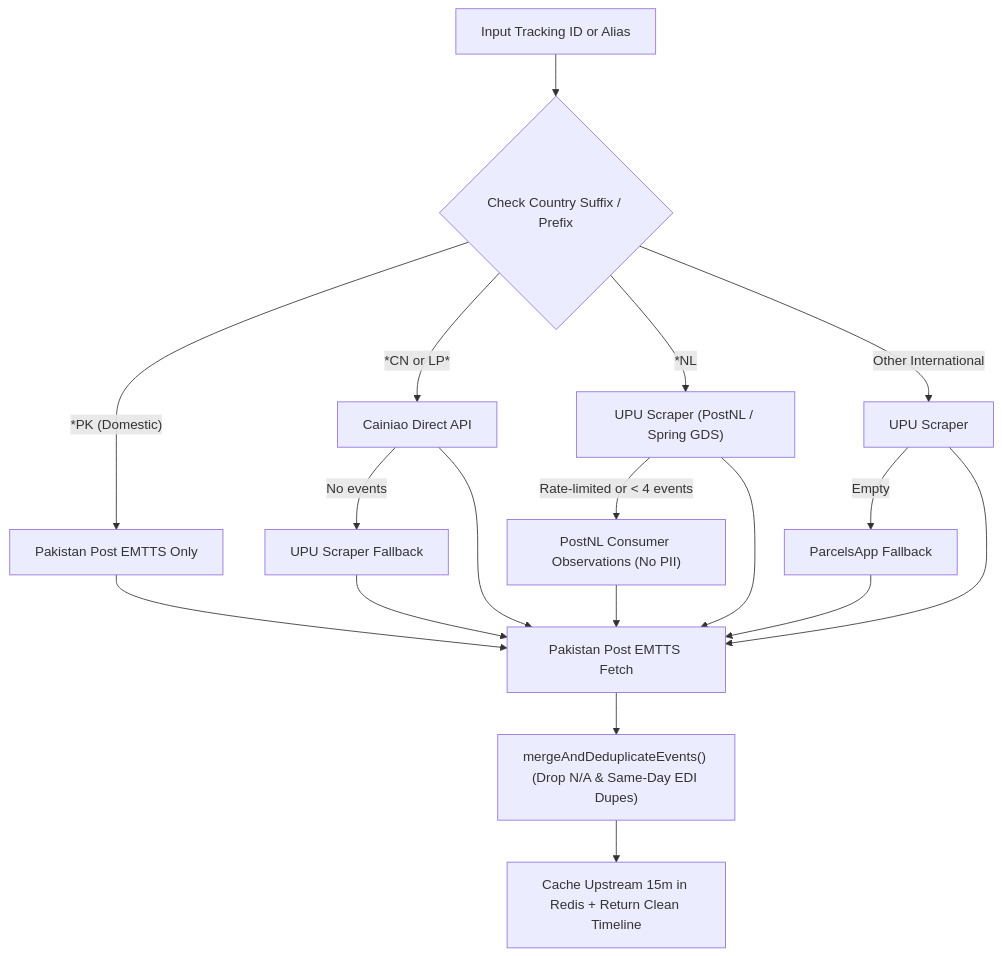
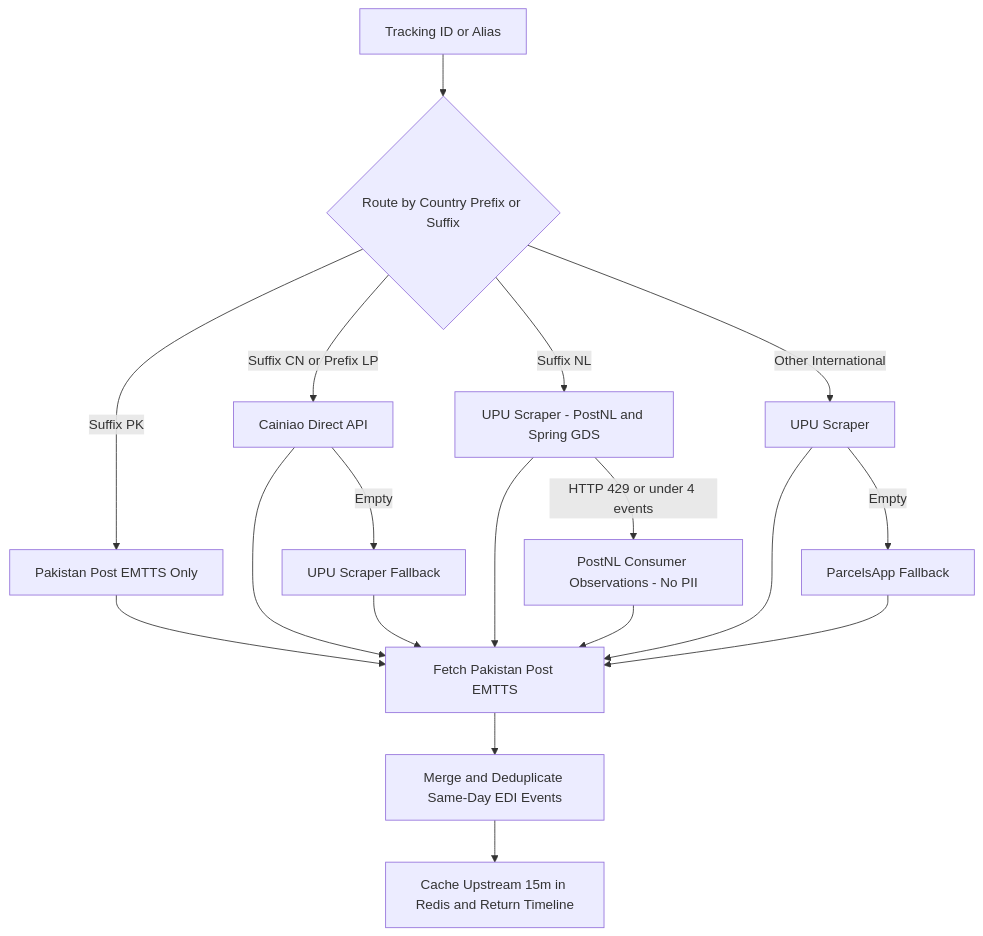
Before and after one commit to umerkashiff/pakpost-tracker: the first of 2 diagrams in README.md, drawn with Mermaid. The commit also changed other lines of this file and 2 other files, not shown here.

Commit message:
docs: fix GitHub Mermaid rendering and upgrade GIF quality

````diff
--- a/README.md
+++ b/README.md
@@ -38,22 +38,22 @@
 ```mermaid
 flowchart TD
-    A["Input Tracking ID or Alias"] --> B{"Check Country Suffix / Prefix"}
-    B -->|"*PK (Domestic)"| C["Pakistan Post EMTTS Only"]
-    B -->|"*CN or LP*"| D["Cainiao Direct API"]
-    D -->|"No events"| E["UPU Scraper Fallback"]
-    B -->|"*NL"| F["UPU Scraper (PostNL / Spring GDS)"]
-    F -->|"Rate-limited or < 4 events"| G["PostNL Consumer Observations (No PII)"]
-    B -->|"Other International"| H["UPU Scraper"]
-    H -->|"Empty"| I["ParcelsApp Fallback"]
+    A[Tracking ID or Alias] --> B{Route by Country Prefix or Suffix}
+    B -->|Suffix PK| C[Pakistan Post EMTTS Only]
+    B -->|Suffix CN or Prefix LP| D[Cainiao Direct API]
+    D -->|Empty| E[UPU Scraper Fallback]
+    B -->|Suffix NL| F[UPU Scraper - PostNL and Spring GDS]
+    F -->|HTTP 429 or under 4 events| G[PostNL Consumer Observations - No PII]
+    B -->|Other International| H[UPU Scraper]
+    H -->|Empty| I[ParcelsApp Fallback]
 
-    C --> J["Pakistan Post EMTTS Fetch"]
+    C --> J[Fetch Pakistan Post EMTTS]
+    D --> J
     E --> J
+    F --> J
     G --> J
+    H --> J
     I --> J
-    D --> J
-    F --> J
-    H --> J
 
-    J --> K["mergeAndDeduplicateEvents() (Drop N/A & Same-Day EDI Dupes)"]
-    K --> L["Cache Upstream 15m in Redis + Return Clean Timeline"]
+    J --> K[Merge and Deduplicate Same-Day EDI Events]
+    K --> L[Cache Upstream 15m in Redis and Return Timeline]
 ```
````
